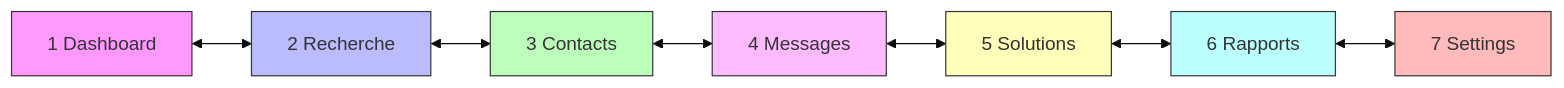
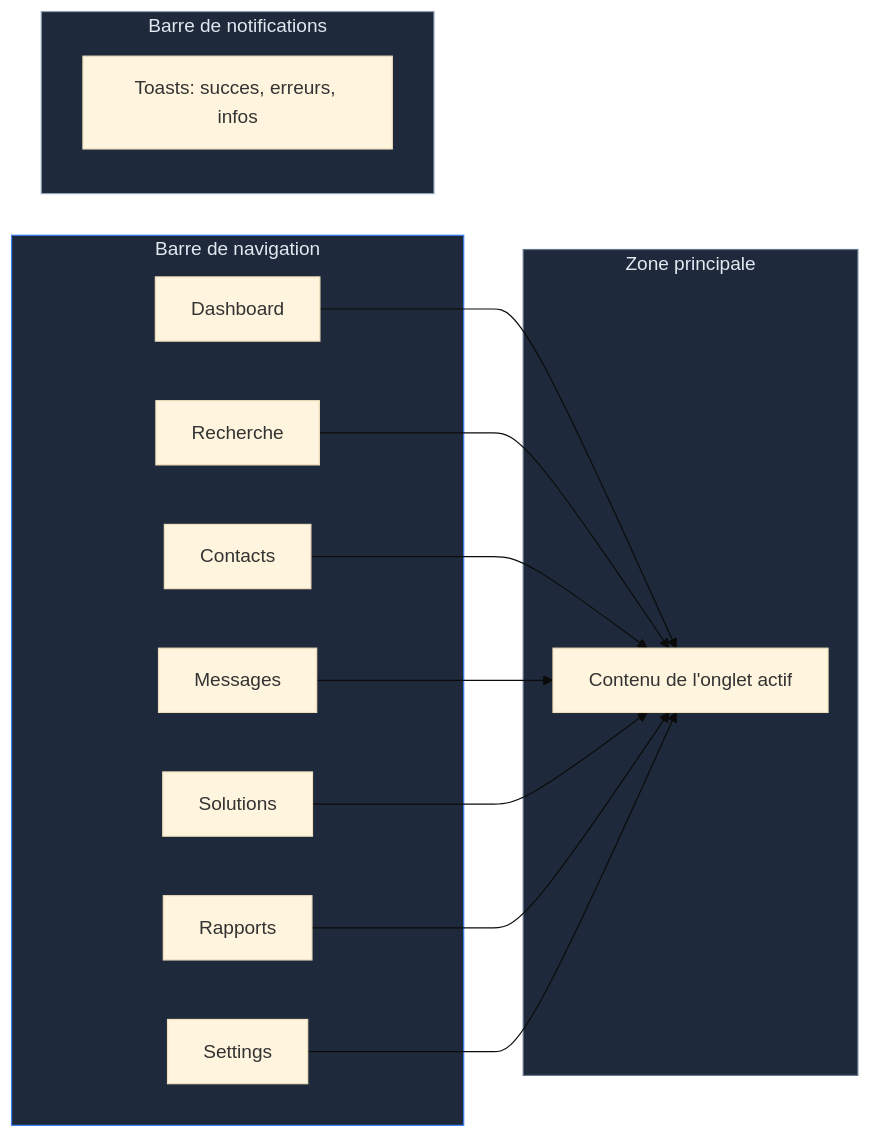
The first of 9 diagrams in doc/UTILISATION.md (cve-solutions/MyCommercial), drawn with Mermaid (base theme) before and after one commit. The commit also changed other lines of this file and 3 other files, not shown here.

````diff
--- a/doc/UTILISATION.md
+++ b/doc/UTILISATION.md
@@ -37,17 +30,32 @@
 ```mermaid
 graph LR
-    D[1 Dashboard] <--> S[2 Recherche]
-    S <--> C[3 Contacts]
-    C <--> M[4 Messages]
-    M <--> SOL[5 Solutions]
-    SOL <--> R[6 Rapports]
-    R <--> SET[7 Settings]
+    subgraph TOPBAR["Barre de navigation"]
+        D["Dashboard"]
+        S["Recherche"]
+        C["Contacts"]
+        M["Messages"]
+        SOL["Solutions"]
+        R["Rapports"]
+        SET["Settings"]
+    end
 
-    style D fill:#f9f,stroke:#333
-    style S fill:#bbf,stroke:#333
-    style C fill:#bfb,stroke:#333
-    style M fill:#fbf,stroke:#333
-    style SOL fill:#ffb,stroke:#333
-    style R fill:#bff,stroke:#333
-    style SET fill:#fbb,stroke:#333
+    subgraph CONTENT["Zone principale"]
+        PANEL["Contenu de l'onglet actif"]
+    end
+
+    subgraph BOTTOM["Barre de notifications"]
+        TOAST["Toasts: succes, erreurs, infos"]
+    end
+
+    D --> PANEL
+    S --> PANEL
+    C --> PANEL
+    M --> PANEL
+    SOL --> PANEL
+    R --> PANEL
+    SET --> PANEL
+
+    style TOPBAR fill:#1e293b,stroke:#3b82f6,color:#e2e8f0
+    style CONTENT fill:#1e293b,stroke:#64748b,color:#e2e8f0
+    style BOTTOM fill:#1e293b,stroke:#94a3b8,color:#e2e8f0
 ```
````
